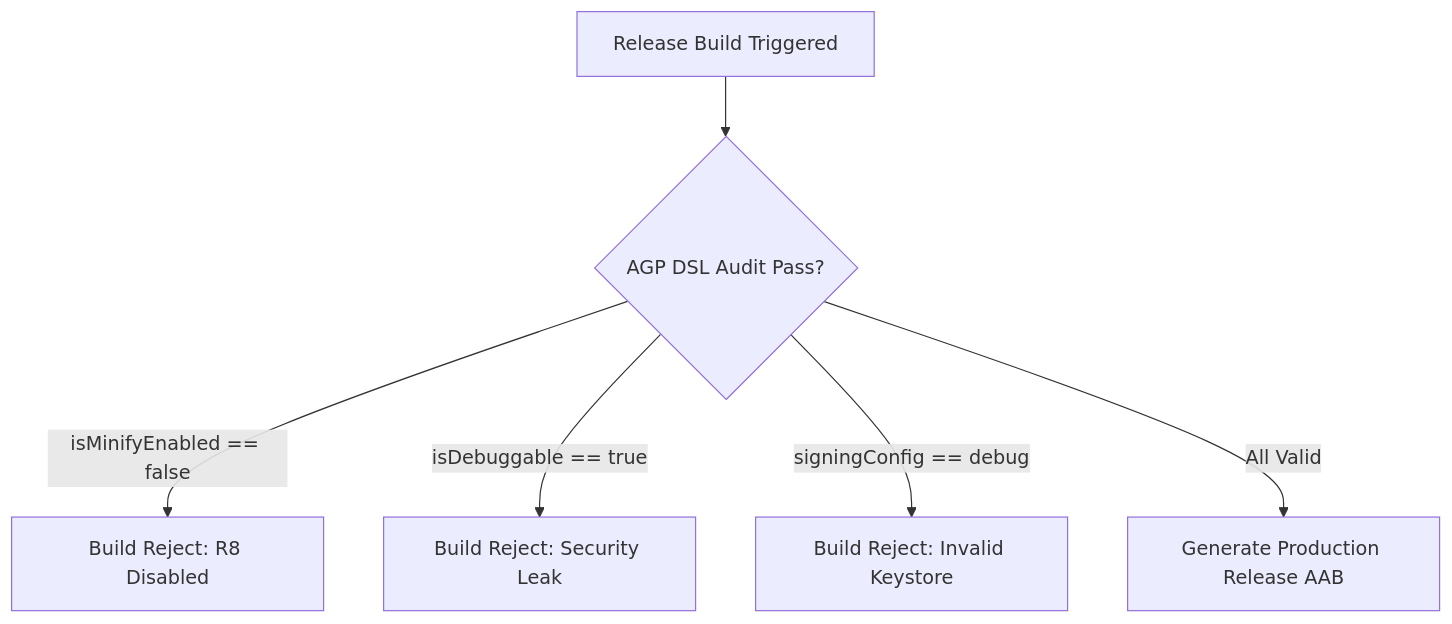
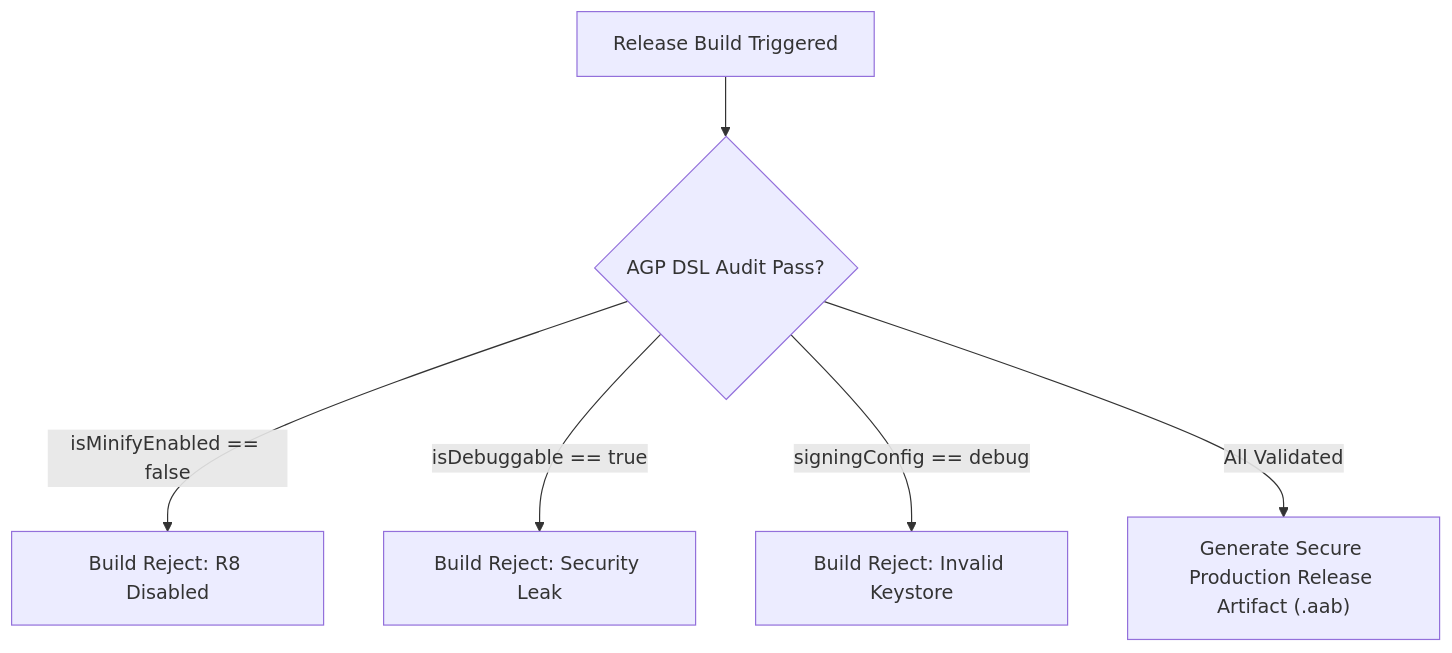
Before and after one commit to youngmin-gwon/what-i-studied: the diagram in 01_inbox/mobile/android/03_packaging_deployment/build/gradle/gradle-build-contracts/agp-dsl-checklist-verifies-effective-release-variant-values.md, drawn with Mermaid. The commit also changed other lines of this file and 134 other files, not shown here.

````diff
--- a/01_inbox/mobile/android/03_packaging_deployment/build/gradle/gradle-build-contracts/agp-dsl-checklist-verifies-effective-release-variant-values.md
+++ b/01_inbox/mobile/android/03_packaging_deployment/build/gradle/gradle-build-contracts/agp-dsl-checklist-verifies-effective-release-variant-values.md
@@ -24,8 +27,8 @@
 ```mermaid
 flowchart TD
     BuildReq["Release Build Triggered"] --> DSLCheck{"AGP DSL Audit Pass?"}
     DSLCheck -->|isMinifyEnabled == false| Fail1["Build Reject: R8 Disabled"]
     DSLCheck -->|isDebuggable == true| Fail2["Build Reject: Security Leak"]
     DSLCheck -->|signingConfig == debug| Fail3["Build Reject: Invalid Keystore"]
-    DSLCheck -->|All Valid| Pass["Generate Production Release AAB"]
+    DSLCheck -->|All Validated| Pass["Generate Secure Production Release Artifact (.aab)"]
 ```
````
